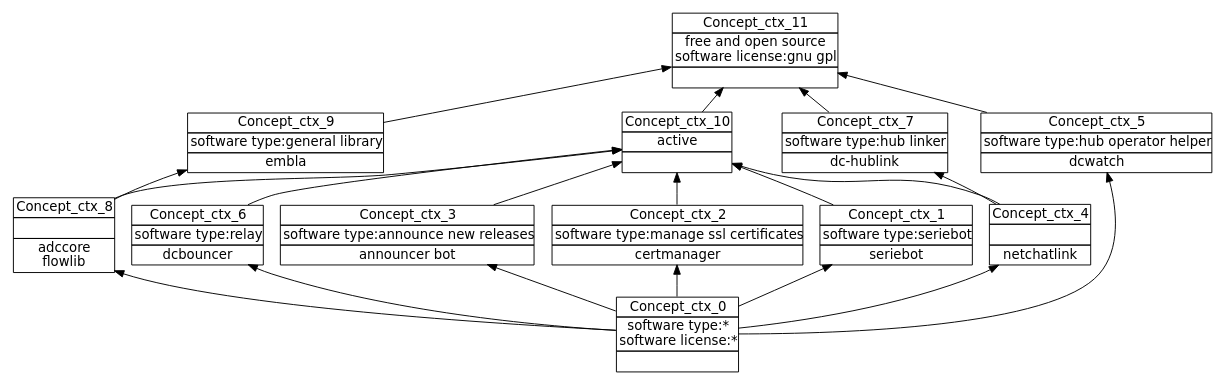
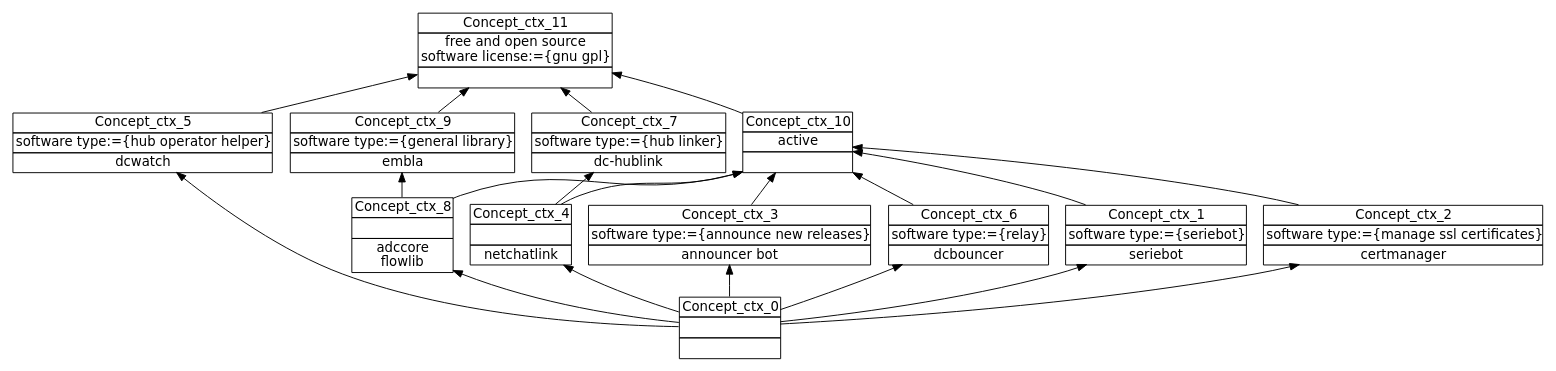
Before and after one commit to jcarbonnel/CLEF: the diagram in CLEF/data/Comparison_of_ADC_software_8/FCA/step1-0.dot, drawn with Graphviz. The commit also changed 803 other files, not shown here.

```diff
--- a/CLEF/data/Comparison_of_ADC_software_8/FCA/step1-0.dot
+++ b/CLEF/data/Comparison_of_ADC_software_8/FCA/step1-0.dot
@@ -1,39 +1,39 @@
 digraph G { 
 	rankdir=BT;
 	margin=0;
 	node [margin="0.03,0.03",fontname="DejaVu Sans"];
 	ranksep=0.3;
 	nodesep=0.2;
-//graph[label="name:ctx,concept number:12,object number:10,attribute number:12"
-12 [shape=none,label=<<table border="0" cellborder="1" cellspacing="0" port="p"><tr><td>Concept_ctx_11</td></tr><tr><td>free and open source<br/>software license:gnu gpl<br/></td></tr><tr><td><br/></td></tr></table>>];
-13 [shape=none,label=<<table border="0" cellborder="1" cellspacing="0" port="p"><tr><td>Concept_ctx_10</td></tr><tr><td>active<br/></td></tr><tr><td><br/></td></tr></table>>];
-14 [shape=none,label=<<table border="0" cellborder="1" cellspacing="0" port="p"><tr><td>Concept_ctx_8</td></tr><tr><td><br/></td></tr><tr><td>adccore<br/>flowlib<br/></td></tr></table>>];
-15 [shape=none,label=<<table border="0" cellborder="1" cellspacing="0" port="p"><tr><td>Concept_ctx_9</td></tr><tr><td>software type:general library<br/></td></tr><tr><td>embla<br/></td></tr></table>>];
-16 [shape=none,label=<<table border="0" cellborder="1" cellspacing="0" port="p"><tr><td>Concept_ctx_0</td></tr><tr><td>software type:*<br/>software license:*<br/></td></tr><tr><td><br/></td></tr></table>>];
-17 [shape=none,label=<<table border="0" cellborder="1" cellspacing="0" port="p"><tr><td>Concept_ctx_6</td></tr><tr><td>software type:relay<br/></td></tr><tr><td>dcbouncer<br/></td></tr></table>>];
-18 [shape=none,label=<<table border="0" cellborder="1" cellspacing="0" port="p"><tr><td>Concept_ctx_4</td></tr><tr><td><br/></td></tr><tr><td>netchatlink<br/></td></tr></table>>];
-19 [shape=none,label=<<table border="0" cellborder="1" cellspacing="0" port="p"><tr><td>Concept_ctx_7</td></tr><tr><td>software type:hub linker<br/></td></tr><tr><td>dc-hublink<br/></td></tr></table>>];
-20 [shape=none,label=<<table border="0" cellborder="1" cellspacing="0" port="p"><tr><td>Concept_ctx_5</td></tr><tr><td>software type:hub operator helper<br/></td></tr><tr><td>dcwatch<br/></td></tr></table>>];
-21 [shape=none,label=<<table border="0" cellborder="1" cellspacing="0" port="p"><tr><td>Concept_ctx_3</td></tr><tr><td>software type:announce new releases<br/></td></tr><tr><td>announcer bot<br/></td></tr></table>>];
-22 [shape=none,label=<<table border="0" cellborder="1" cellspacing="0" port="p"><tr><td>Concept_ctx_2</td></tr><tr><td>software type:manage ssl certificates<br/></td></tr><tr><td>certmanager<br/></td></tr></table>>];
-23 [shape=none,label=<<table border="0" cellborder="1" cellspacing="0" port="p"><tr><td>Concept_ctx_1</td></tr><tr><td>software type:seriebot<br/></td></tr><tr><td>seriebot<br/></td></tr></table>>];
+//graph[label="name:ctx,concept number:12,object number:10,attribute number:10"
+12 [shape=none,label=<<table border="0" cellborder="1" cellspacing="0" port="p"><tr><td>Concept_ctx_11</td></tr><tr><td>free and open source<br/>software license:={gnu gpl}<br/></td></tr><tr><td><br/></td></tr></table>>];
+13 [shape=none,label=<<table border="0" cellborder="1" cellspacing="0" port="p"><tr><td>Concept_ctx_9</td></tr><tr><td>software type:={general library}<br/></td></tr><tr><td>embla<br/></td></tr></table>>];
+14 [shape=none,label=<<table border="0" cellborder="1" cellspacing="0" port="p"><tr><td>Concept_ctx_0</td></tr><tr><td><br/></td></tr><tr><td><br/></td></tr></table>>];
+15 [shape=none,label=<<table border="0" cellborder="1" cellspacing="0" port="p"><tr><td>Concept_ctx_2</td></tr><tr><td>software type:={manage ssl certificates}<br/></td></tr><tr><td>certmanager<br/></td></tr></table>>];
+16 [shape=none,label=<<table border="0" cellborder="1" cellspacing="0" port="p"><tr><td>Concept_ctx_3</td></tr><tr><td>software type:={announce new releases}<br/></td></tr><tr><td>announcer bot<br/></td></tr></table>>];
+17 [shape=none,label=<<table border="0" cellborder="1" cellspacing="0" port="p"><tr><td>Concept_ctx_6</td></tr><tr><td>software type:={relay}<br/></td></tr><tr><td>dcbouncer<br/></td></tr></table>>];
+18 [shape=none,label=<<table border="0" cellborder="1" cellspacing="0" port="p"><tr><td>Concept_ctx_1</td></tr><tr><td>software type:={seriebot}<br/></td></tr><tr><td>seriebot<br/></td></tr></table>>];
+19 [shape=none,label=<<table border="0" cellborder="1" cellspacing="0" port="p"><tr><td>Concept_ctx_5</td></tr><tr><td>software type:={hub operator helper}<br/></td></tr><tr><td>dcwatch<br/></td></tr></table>>];
+20 [shape=none,label=<<table border="0" cellborder="1" cellspacing="0" port="p"><tr><td>Concept_ctx_7</td></tr><tr><td>software type:={hub linker}<br/></td></tr><tr><td>dc-hublink<br/></td></tr></table>>];
+21 [shape=none,label=<<table border="0" cellborder="1" cellspacing="0" port="p"><tr><td>Concept_ctx_8</td></tr><tr><td><br/></td></tr><tr><td>adccore<br/>flowlib<br/></td></tr></table>>];
+22 [shape=none,label=<<table border="0" cellborder="1" cellspacing="0" port="p"><tr><td>Concept_ctx_4</td></tr><tr><td><br/></td></tr><tr><td>netchatlink<br/></td></tr></table>>];
+23 [shape=none,label=<<table border="0" cellborder="1" cellspacing="0" port="p"><tr><td>Concept_ctx_10</td></tr><tr><td>active<br/></td></tr><tr><td><br/></td></tr></table>>];
+	23:p -> 12:p
 	13:p -> 12:p
 	20:p -> 12:p
-	15:p -> 12:p
 	19:p -> 12:p
-	17:p -> 13:p
-	18:p -> 13:p
 	21:p -> 13:p
-	22:p -> 13:p
-	23:p -> 13:p
-	14:p -> 13:p
-	16:p -> 14:p
 	14:p -> 15:p
-	16:p -> 17:p
-	16:p -> 18:p
-	18:p -> 19:p
-	16:p -> 20:p
-	16:p -> 21:p
-	16:p -> 22:p
+	14:p -> 16:p
+	14:p -> 17:p
+	14:p -> 18:p
+	14:p -> 19:p
+	22:p -> 20:p
+	14:p -> 21:p
+	14:p -> 22:p
+	17:p -> 23:p
+	15:p -> 23:p
 	16:p -> 23:p
+	18:p -> 23:p
+	22:p -> 23:p
+	21:p -> 23:p
 }
```
